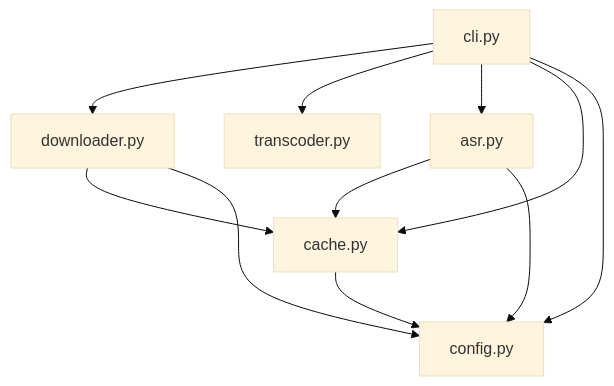
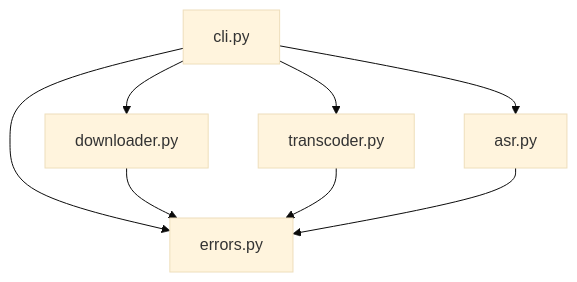
One commit to kechengzhang28/Vid2Text-Skill changed the second of 4 diagrams in docs/dev.md. Above: the diagram before and after it, drawn with Mermaid (base theme). The commit also changed other lines of this file, not shown here.

````diff
--- a/docs/dev.md
+++ b/docs/dev.md
@@ -52,14 +48,11 @@
 ```mermaid
 flowchart TD
     cli[cli.py] --> downloader[downloader.py]
     cli --> transcoder[transcoder.py]
     cli --> asr[asr.py]
-    cli --> cache[cache.py]
-    cli --> config[config.py]
+    cli --> errors[errors.py]
 
-    downloader --> cache
-    asr --> cache
-    asr --> config
-    downloader --> config
-    cache --> config
+    downloader --> errors
+    transcoder --> errors
+    asr --> errors
 ```
````
